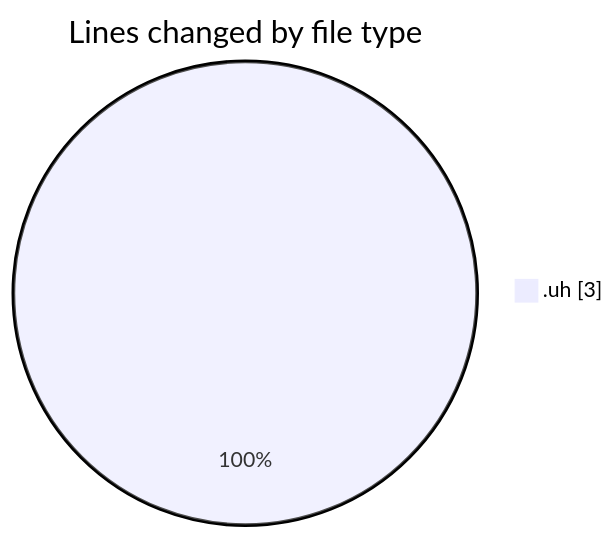
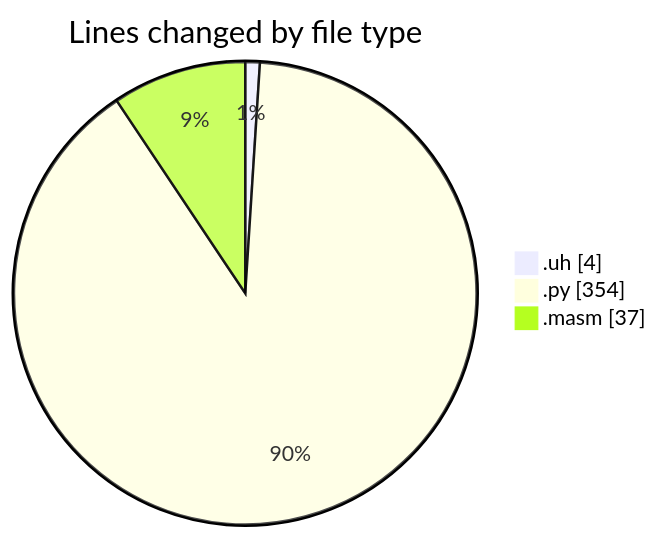
The first of 2 diagrams in 2025-04-29/uhigh-lang/README.md (charlie-sans/code-tracking), drawn with Mermaid before and after one commit. The commit also changed other lines of this file and 1 other file, not shown here.

````diff
--- a/2025-04-29/uhigh-lang/README.md
+++ b/2025-04-29/uhigh-lang/README.md
@@ -20,5 +22,7 @@
 ```mermaid
 pie showData
 title Lines changed by file type
-".uh" : 3
+".uh" : 4
+".py" : 354
+".masm" : 37
 ```
````
